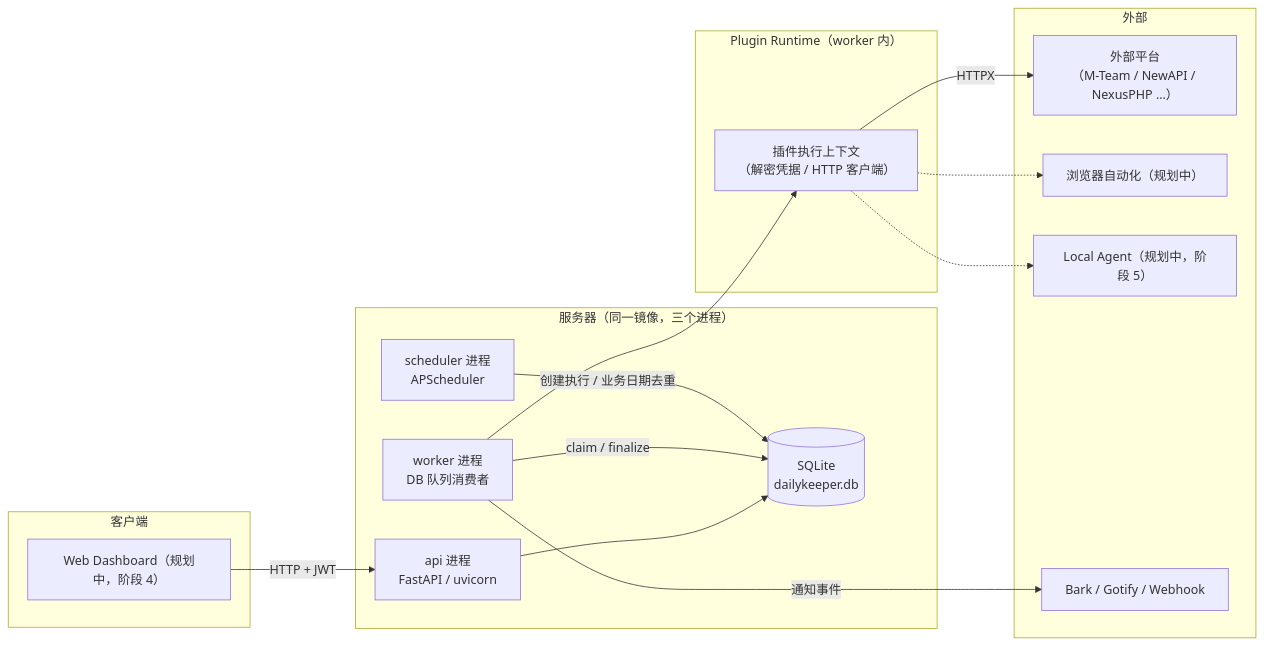
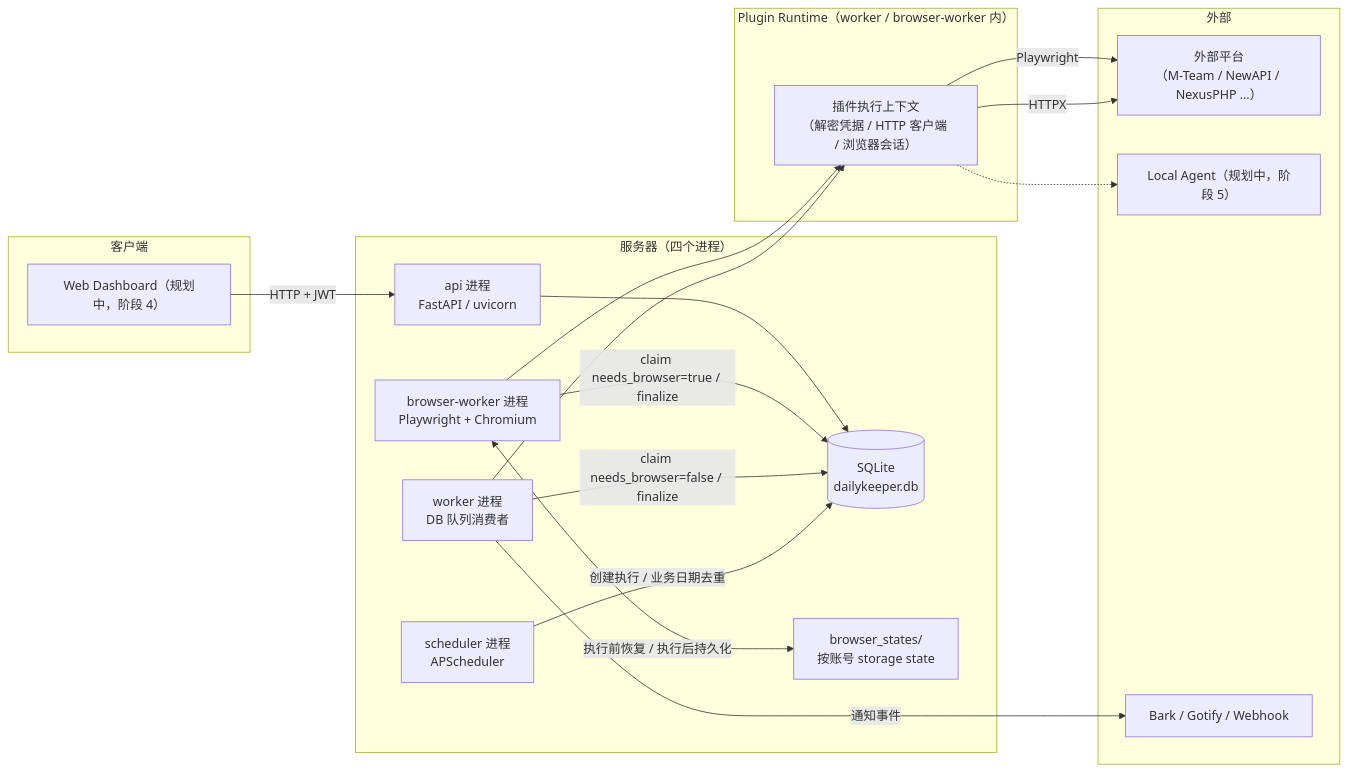
Before and after one commit to ahao430/DailyKeeper: the diagram in docs/ARCHITECTURE.md, drawn with Mermaid. The commit also changed other lines of this file and 27 other files, not shown here.

````diff
--- a/docs/ARCHITECTURE.md
+++ b/docs/ARCHITECTURE.md
@@ -35,34 +36,38 @@
 ```mermaid
 flowchart LR
     subgraph client["客户端"]
         UI["Web Dashboard（规划中，阶段 4）"]
     end
 
-    subgraph server["服务器（同一镜像，三个进程）"]
+    subgraph server["服务器（四个进程）"]
         API["api 进程\nFastAPI / uvicorn"]
         SCH["scheduler 进程\nAPScheduler"]
         WK["worker 进程\nDB 队列消费者"]
+        BW["browser-worker 进程\nPlaywright + Chromium"]
         DB[("SQLite\ndailykeeper.db")]
+        ST["browser_states/\n按账号 storage state"]
     end
 
-    subgraph runtime["Plugin Runtime（worker 内）"]
-        PR["插件执行上下文\n（解密凭据 / HTTP 客户端）"]
+    subgraph runtime["Plugin Runtime（worker / browser-worker 内）"]
+        PR["插件执行上下文\n（解密凭据 / HTTP 客户端 / 浏览器会话）"]
     end
 
     subgraph ext["外部"]
         P1["外部平台\n（M-Team / NewAPI / NexusPHP …）"]
-        BR["浏览器自动化（规划中）"]
         LA["Local Agent（规划中，阶段 5）"]
         N["Bark / Gotify / Webhook"]
     end
 
     UI -->|HTTP + JWT| API
     SCH -->|创建执行 / 业务日期去重| DB
-    WK -->|claim / finalize| DB
+    WK -->|claim needs_browser=false / finalize| DB
+    BW -->|claim needs_browser=true / finalize| DB
     API --> DB
     WK --> PR
+    BW --> PR
+    BW <-->|执行前恢复 / 执行后持久化| ST
     PR -->|HTTPX| P1
-    PR -.-> BR
+    PR -->|Playwright| P1
     PR -.-> LA
     WK -->|通知事件| N
 ```
````
